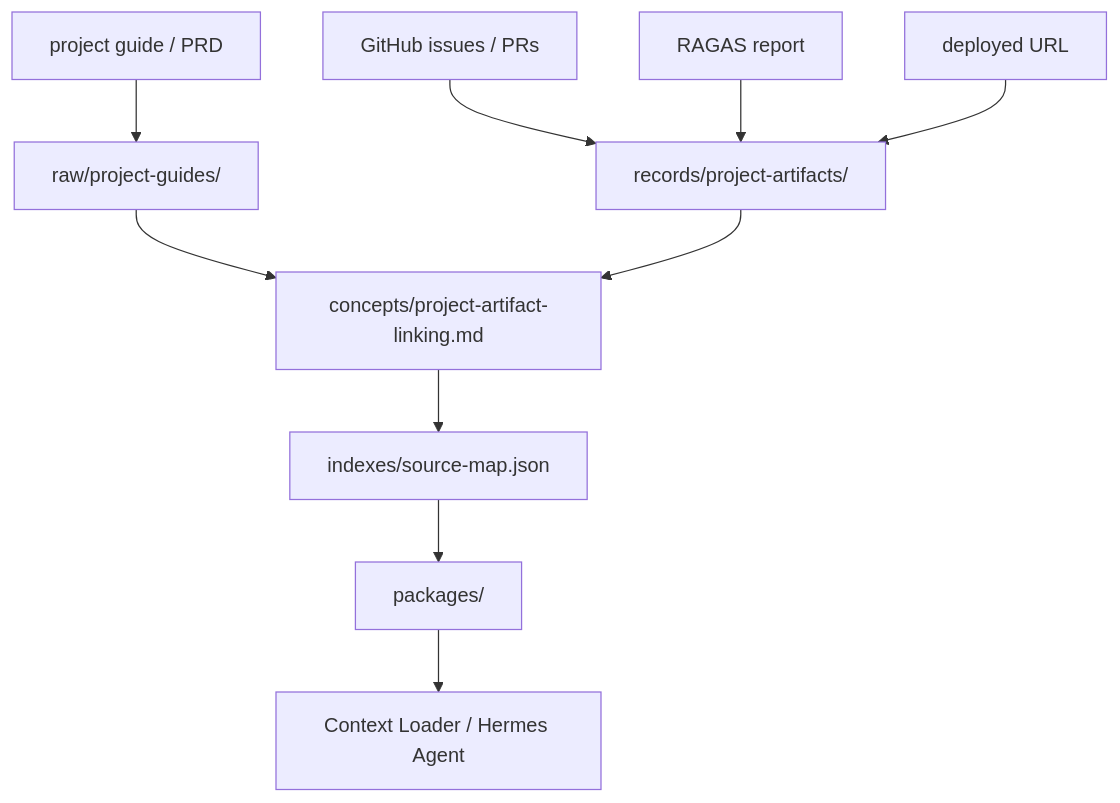
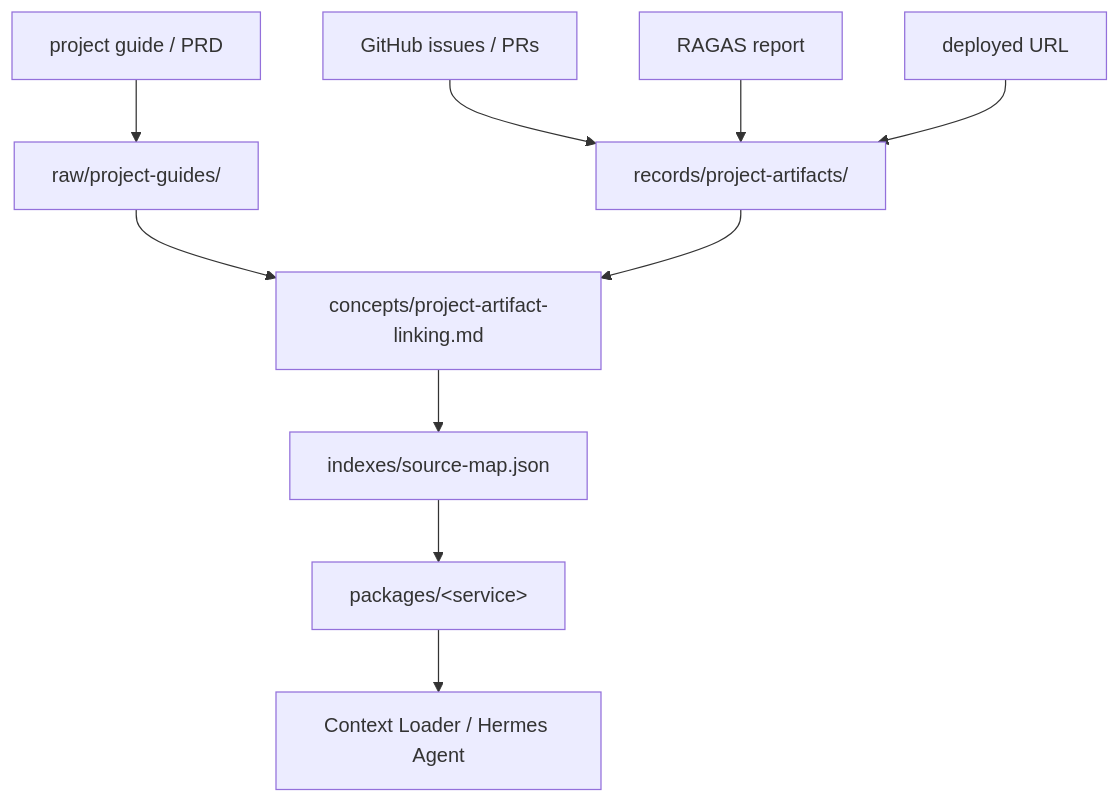
One commit to hyunolike/travel-context-wiki changed the fifth of 6 diagrams in README.md. Above: the diagram before and after it, drawn with Mermaid. The commit also changed other lines of this file and 2 other files, not shown here.

````diff
--- a/README.md
+++ b/README.md
@@ -196,12 +286,12 @@
 ```mermaid
 flowchart TD
     Guide["project guide / PRD"] --> RawGuide["raw/project-guides/"]
     Issues["GitHub issues / PRs"] --> Artifacts["records/project-artifacts/"]
     Eval["RAGAS report"] --> Artifacts
     Deploy["deployed URL"] --> Artifacts
     RawGuide --> Canonical["concepts/project-artifact-linking.md"]
     Artifacts --> Canonical
     Canonical --> Index["indexes/source-map.json"]
-    Index --> Package["packages/<service>"]
+    Index --> Package["packages/&lt;service&gt;"]
     Package --> Loader["Context Loader / Hermes Agent"]
 ```
````
